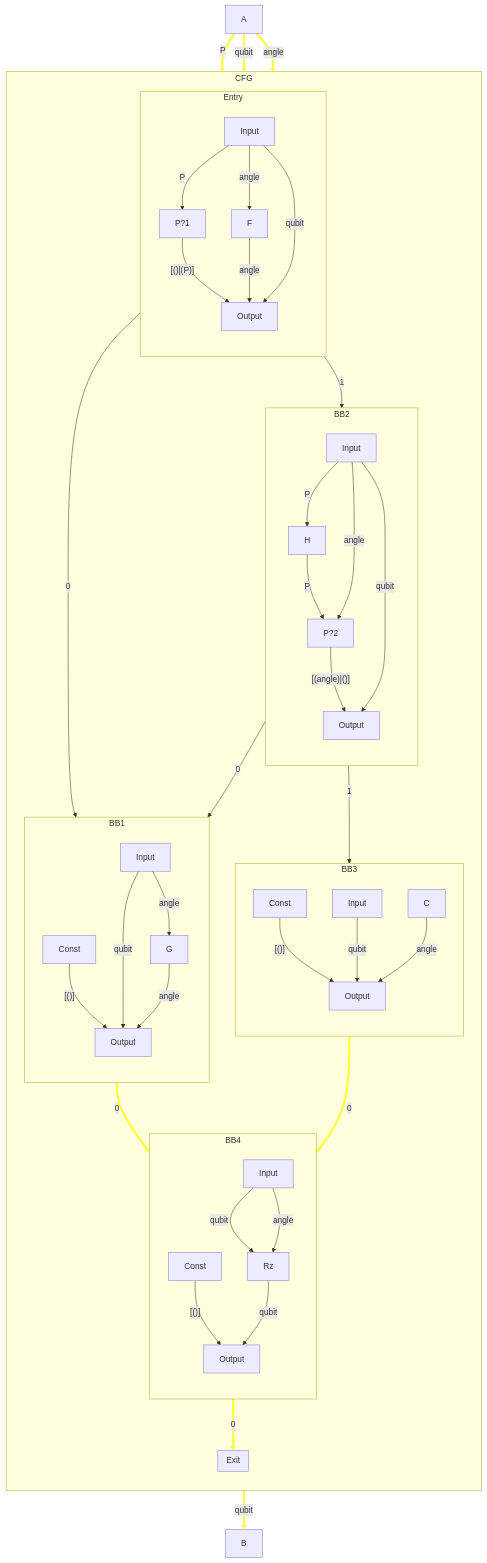
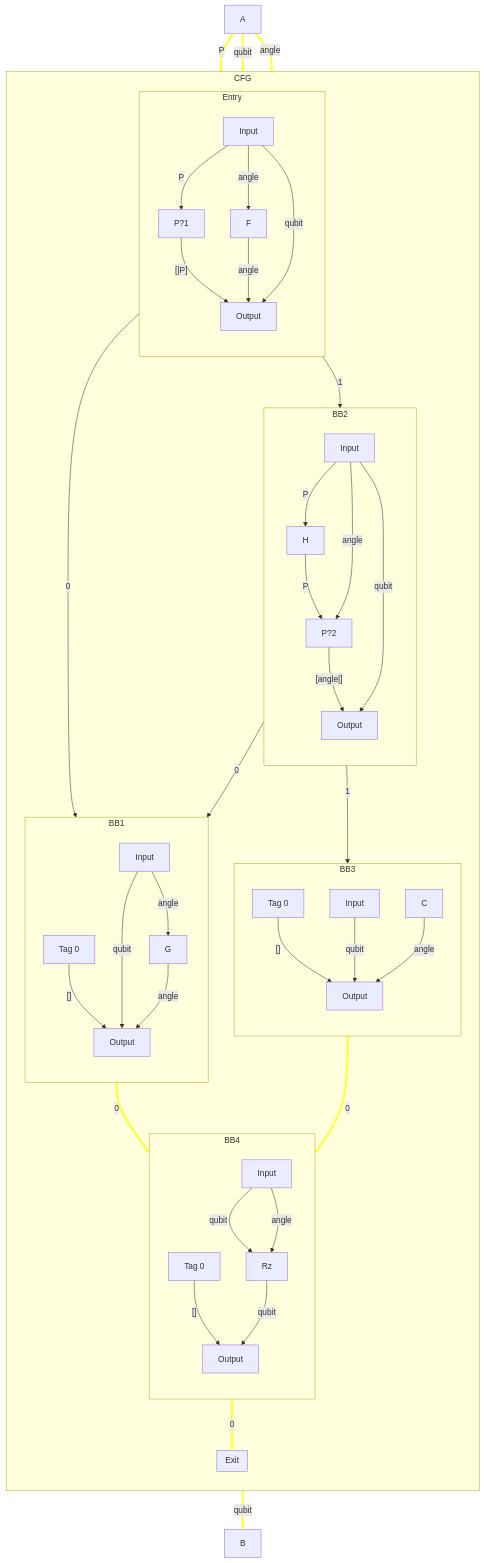
The fourth of 6 diagrams in specification/hugr.md (CQCL/hugr), drawn with Mermaid before and after one commit. The commit also changed other lines of this file and 5 other files, not shown here.

````diff
--- a/specification/hugr.md
+++ b/specification/hugr.md
@@ -434,56 +430,56 @@
 ```mermaid
 flowchart
     subgraph CFG
         direction TB
         subgraph Entry
             direction TB
             EntryIn["Input"] -- "angle" --> F
             EntryIn -- "P" --> Entry_["P?1"]
-            Entry_ -- "[()|(P)]" --> EntryOut["Output"]
+            Entry_ -- "[|P]" --> EntryOut["Output"]
             F -- "angle" --> EntryOut
             EntryIn -- "qubit" --> EntryOut
         end
         subgraph BB1
             direction TB
             BB1In["Input"] -- "angle" --> G
-            BB1_["Const"] -- "[()]" --> BB1Out["Output"]
+            BB1_["Tag 0"] -- "[]" --> BB1Out["Output"]
             BB1In -- "qubit" --> BB1Out
             G -- "angle" --> BB1Out
         end
         subgraph BB2
             direction TB
             BB2In["Input"] -- "P" --> H -- "P" --> BB2_["P?2"]
-            BB2_ -- "[(angle)|()]" --> BB2Out["Output"]
+            BB2_ -- "[angle|]" --> BB2Out["Output"]
             BB2In -- "angle" --> BB2_
             BB2In -- "qubit" --> BB2Out
         end
         subgraph BB3
             direction TB
             BB3In["Input"]
-            BB3_["Const"] -- "[()]" --> BB3Out["Output"]
+            BB3_["Tag 0"] -- "[]" --> BB3Out["Output"]
             BB3In -- "qubit" --> BB3Out
             C -- "angle" --> BB3Out
         end
         subgraph BB4
             direction TB
             BB4In["Input"] -- "qubit" --> Rz
             BB4In -- "angle" --> Rz
-            BB4_["Const"] -- "[()]" --> BB4Out["Output"]
+            BB4_["Tag 0"] -- "[]" --> BB4Out["Output"]
             Rz -- "qubit" --> BB4Out
         end
         subgraph Exit
         end
         Entry -- "0" --> BB1
         Entry -- "1" --> BB2
         BB2 -- "0" --> BB1
         BB2 -- "1" --> BB3
         BB1 -- "0" --> BB4
         BB3 -- "0" --> BB4
         BB4 -- "0" --> Exit
     end
     A -- "P" --> CFG
     A -- "qubit" --> CFG
     A -- "angle" --> CFG
     CFG -- "qubit" --> B
     linkStyle 25,26,27,28,29,30,31 stroke:#ff3,stroke-width:4px;
 ```
````
